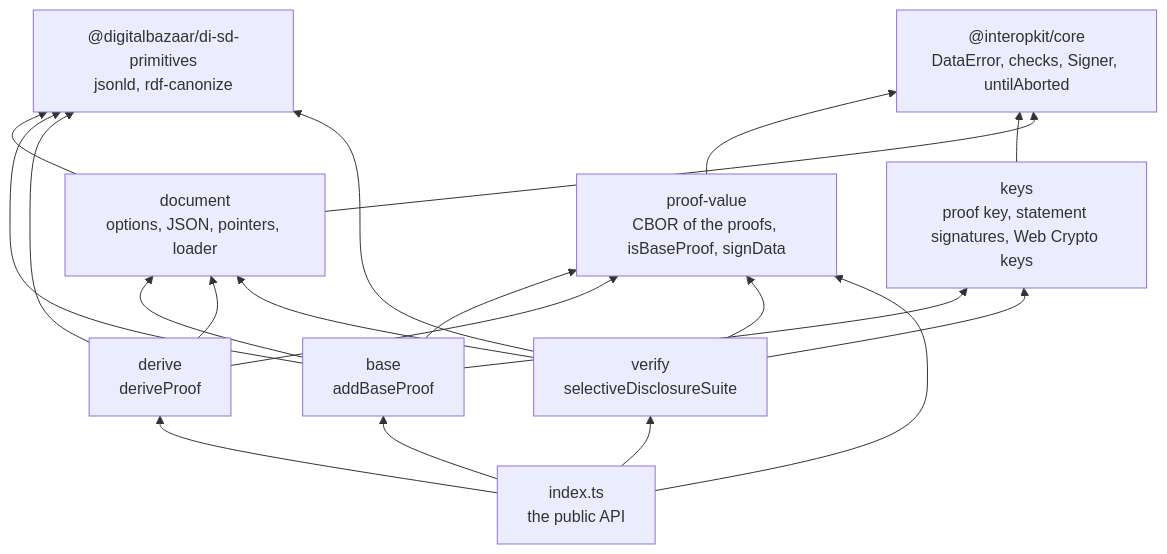
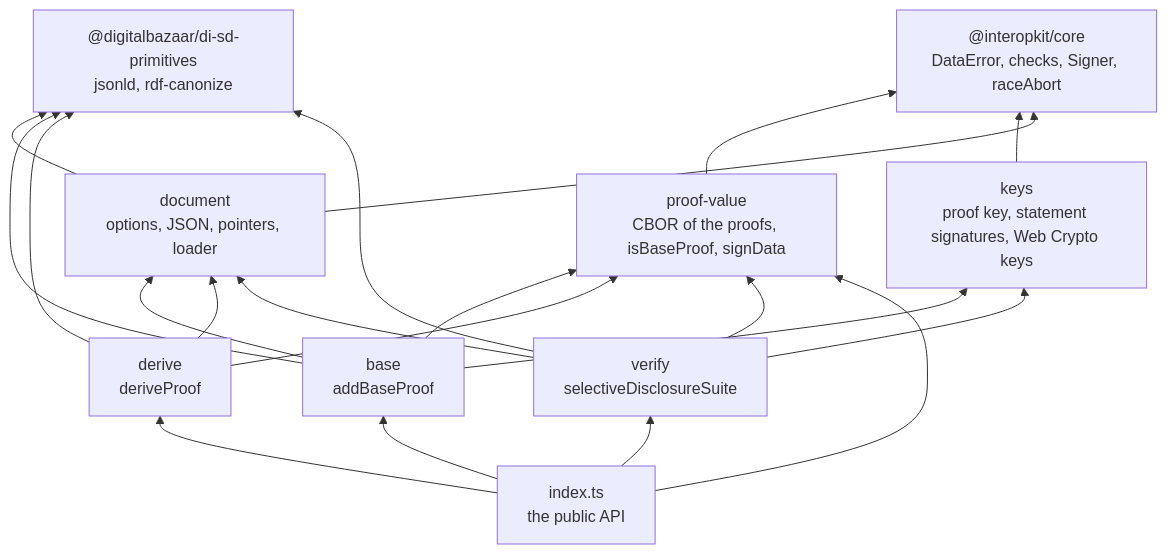
One commit to interopkit/interopkit changed the first of 3 diagrams in docs/selective-disclosure/architecture.md. Above: the diagram before and after it, drawn with Mermaid. The commit also changed 368 other files, not shown here.

````diff
--- a/docs/selective-disclosure/architecture.md
+++ b/docs/selective-disclosure/architecture.md
@@ -8,31 +8,31 @@
 ```mermaid
 flowchart BT
-  core["@interopkit/core<br/>DataError, checks, Signer, untilAborted"]
+  core["@interopkit/core<br/>DataError, checks, Signer, raceAbort"]
   prim["@digitalbazaar/di-sd-primitives<br/>jsonld, rdf-canonize"]
   pv["proof-value<br/>CBOR of the proofs, isBaseProof, signData"]
   keys["keys<br/>proof key, statement signatures, Web Crypto keys"]
   doc["document<br/>options, JSON, pointers, loader"]
   base["base<br/>addBaseProof"]
   derive["derive<br/>deriveProof"]
   verify["verify<br/>selectiveDisclosureSuite"]
   root["index.ts<br/>the public API"]
   pv --> core
   keys --> core
   doc --> core
   doc --> prim
   base --> prim
   derive --> prim
   verify --> prim
   base --> pv
   base --> keys
   base --> doc
   derive --> pv
   derive --> doc
   verify --> pv
   verify --> keys
   verify --> doc
   root --> base
   root --> derive
   root --> verify
   root --> pv
 ```
````
